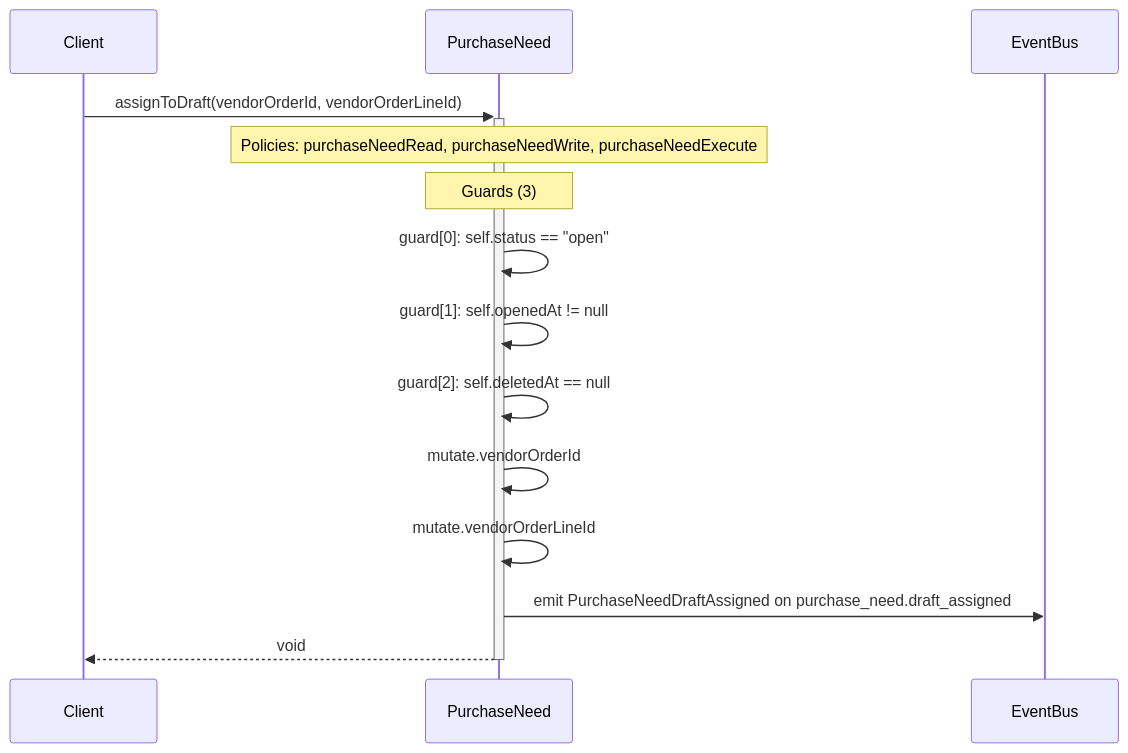
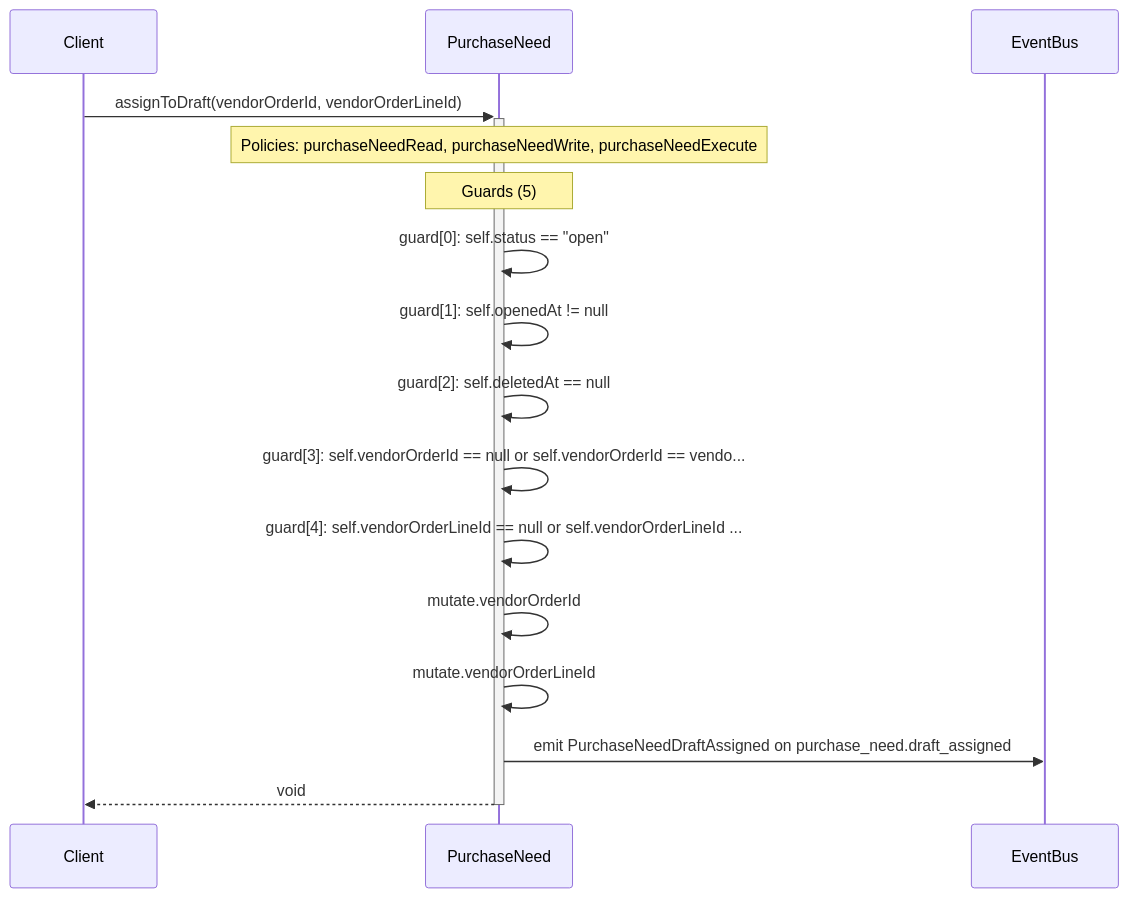
One commit to Angriff36/capsule changed the diagram in diagrams/sequence-PurchaseNeed-assignToDraft.mmd. Above: the diagram before and after it, drawn with Mermaid. The commit also changed 92 other files, not shown here.

First line of the commit message:
feat(procurement): Manifest-own event→weekly VendorOrder draft

```diff
--- a/diagrams/sequence-PurchaseNeed-assignToDraft.mmd
+++ b/diagrams/sequence-PurchaseNeed-assignToDraft.mmd
@@ -1,14 +1,16 @@
 sequenceDiagram
     participant Client
     participant PurchaseNeed as PurchaseNeed
     participant EventBus
     Client->>+PurchaseNeed: assignToDraft(vendorOrderId, vendorOrderLineId)
     Note over PurchaseNeed: Policies: purchaseNeedRead, purchaseNeedWrite, purchaseNeedExecute
-    Note over PurchaseNeed: Guards (3)
+    Note over PurchaseNeed: Guards (5)
     PurchaseNeed->>PurchaseNeed: guard[0]: self.status == #quot;open#quot;
     PurchaseNeed->>PurchaseNeed: guard[1]: self.openedAt != null
     PurchaseNeed->>PurchaseNeed: guard[2]: self.deletedAt == null
+    PurchaseNeed->>PurchaseNeed: guard[3]: self.vendorOrderId == null or self.vendorOrderId == vendo...
+    PurchaseNeed->>PurchaseNeed: guard[4]: self.vendorOrderLineId == null or self.vendorOrderLineId ...
     PurchaseNeed->>PurchaseNeed: mutate.vendorOrderId
     PurchaseNeed->>PurchaseNeed: mutate.vendorOrderLineId
     PurchaseNeed->>EventBus: emit PurchaseNeedDraftAssigned on purchase_need.draft_assigned
     PurchaseNeed-->>-Client: void
```
